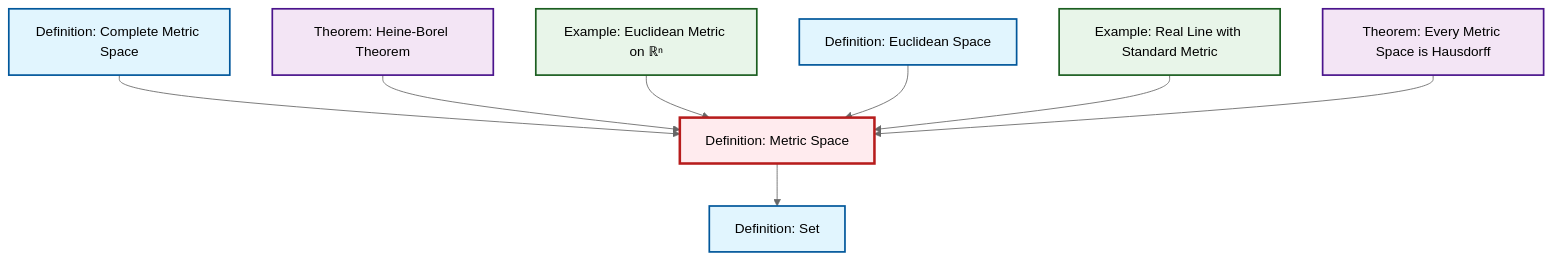
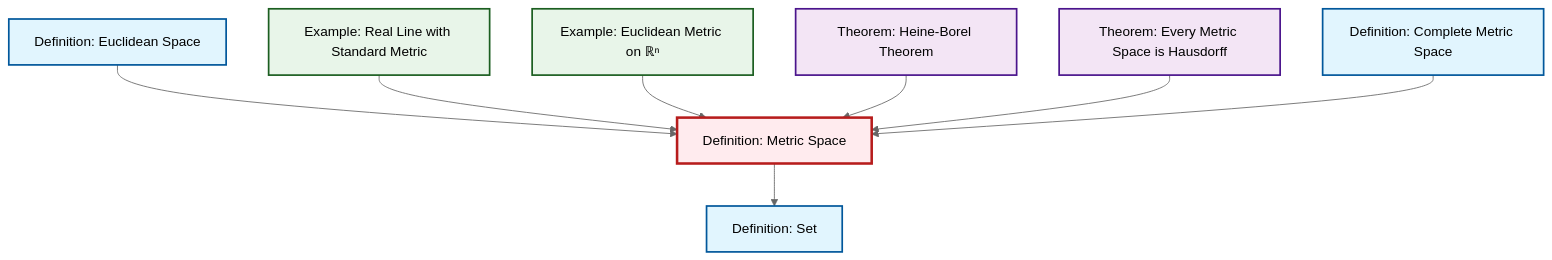
One commit to RK0429/ModernMath changed the diagram in content/ja/analysis/def-metric-space.qmd. Above: the diagram before and after it, drawn with Mermaid (neutral theme). The commit also changed other lines of this file and 417 other files, not shown here.

````diff
--- a/content/ja/analysis/def-metric-space.qmd
+++ b/content/ja/analysis/def-metric-space.qmd
@@ -51,32 +51,32 @@
 ```{mermaid}
 %%| fig-cap: "Local dependency graph"
 graph TD
     classDef definition fill:#e1f5fe,stroke:#01579b,stroke-width:2px
     classDef theorem fill:#f3e5f5,stroke:#4a148c,stroke-width:2px
     classDef axiom fill:#fff3e0,stroke:#e65100,stroke-width:2px
     classDef example fill:#e8f5e9,stroke:#1b5e20,stroke-width:2px
     classDef current fill:#ffebee,stroke:#b71c1c,stroke-width:3px
-    ex-real-line-metric["Example: Real Line with Standard Metric"]:::example
+    def-euclidean-space["Definition: Euclidean Space"]:::definition
+    ex-euclidean-metric["Example: Euclidean Metric on ℝⁿ"]:::example
+    thm-metric-hausdorff["Theorem: Every Metric Space is Hausdorff"]:::theorem
+    def-complete-metric-space["Definition: Complete Metric Space"]:::definition
     def-metric-space["Definition: Metric Space"]:::definition
     def-set["Definition: Set"]:::definition
-    thm-metric-hausdorff["Theorem: Every Metric Space is Hausdorff"]:::theorem
-    def-euclidean-space["Definition: Euclidean Space"]:::definition
-    ex-euclidean-metric["Example: Euclidean Metric on ℝⁿ"]:::example
-    def-complete-metric-space["Definition: Complete Metric Space"]:::definition
+    ex-real-line-metric["Example: Real Line with Standard Metric"]:::example
     thm-heine-borel["Theorem: Heine-Borel Theorem"]:::theorem
-    def-complete-metric-space --> def-metric-space
     def-metric-space --> def-set
-    thm-heine-borel --> def-metric-space
-    ex-euclidean-metric --> def-metric-space
     def-euclidean-space --> def-metric-space
     ex-real-line-metric --> def-metric-space
+    ex-euclidean-metric --> def-metric-space
+    thm-heine-borel --> def-metric-space
     thm-metric-hausdorff --> def-metric-space
+    def-complete-metric-space --> def-metric-space
     class def-metric-space current
-    click ex-real-line-metric "ex-real-line-metric.html" "Example: Real Line with Standard Metricへ"
-    click def-set "def-set.html" "Definition: Setへ"
-    click thm-metric-hausdorff "thm-metric-hausdorff.html" "Theorem: Every Metric Space is Hausdorffへ"
     click def-euclidean-space "def-euclidean-space.html" "Definition: Euclidean Spaceへ"
     click ex-euclidean-metric "ex-euclidean-metric.html" "Example: Euclidean Metric on ℝⁿへ"
+    click thm-metric-hausdorff "thm-metric-hausdorff.html" "Theorem: Every Metric Space is Hausdorffへ"
     click def-complete-metric-space "def-complete-metric-space.html" "Definition: Complete Metric Spaceへ"
+    click def-set "def-set.html" "Definition: Setへ"
+    click ex-real-line-metric "ex-real-line-metric.html" "Example: Real Line with Standard Metricへ"
     click thm-heine-borel "thm-heine-borel.html" "Theorem: Heine-Borel Theoremへ"
 ```
````
